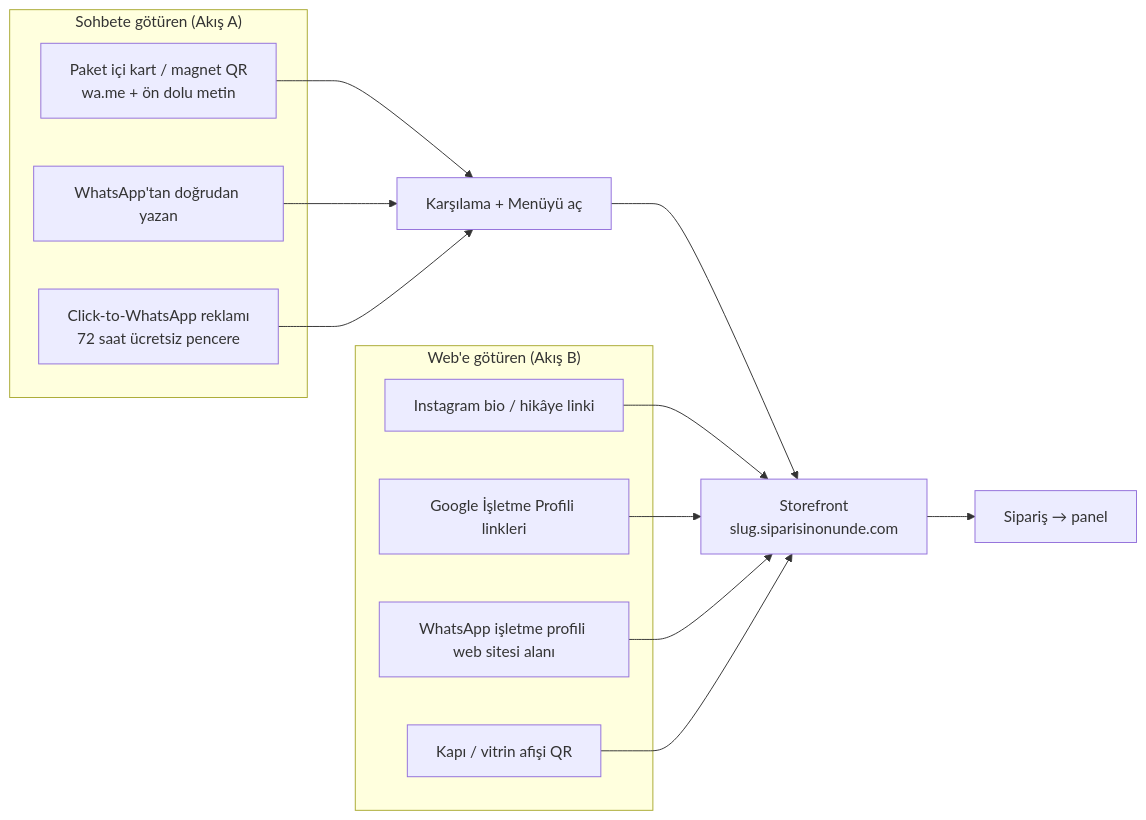
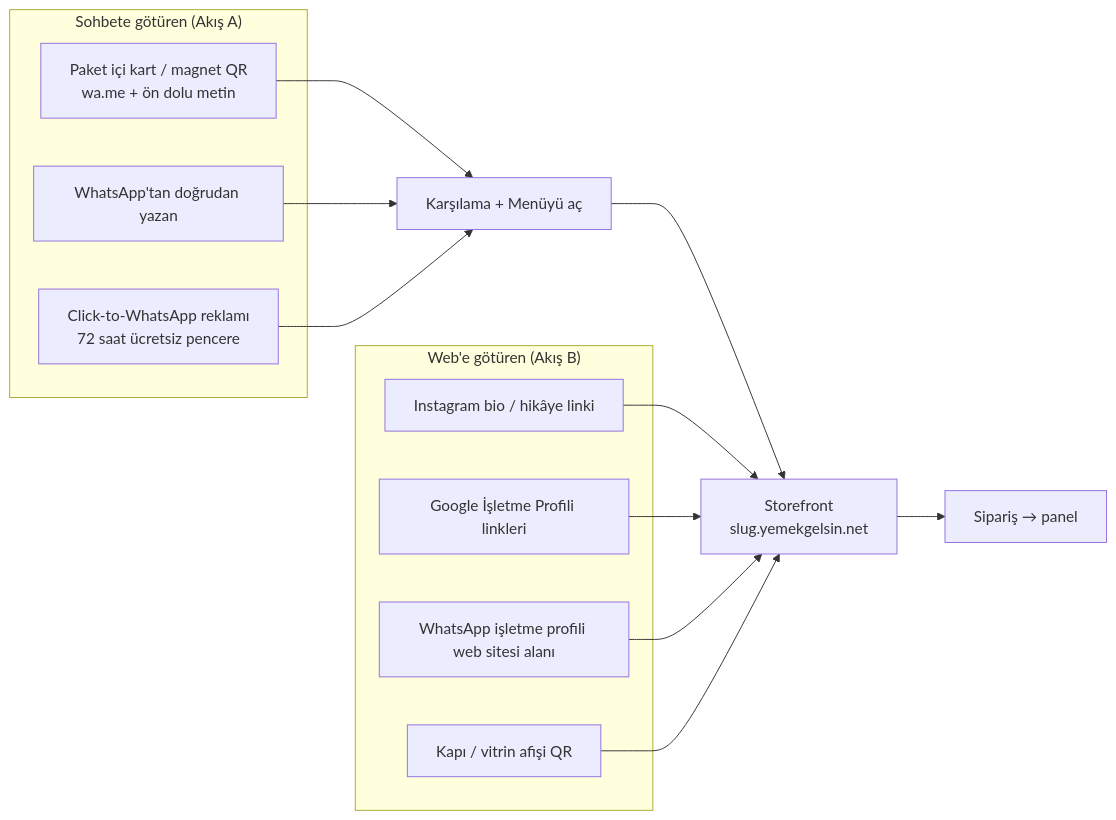
One commit to eraycaylak/siparisinonunde changed the sixth of 7 diagrams in docs/arastirma/05-urun-ux.md. Above: the diagram before and after it, drawn with Mermaid. The commit also changed other lines of this file and 99 other files, not shown here.

First line of the commit message:
Yemek Gelsin: marka adı, yemekgelsin.net alan adı, herkese açık demo

````diff
--- a/docs/arastirma/05-urun-ux.md
+++ b/docs/arastirma/05-urun-ux.md
@@ -327,23 +327,23 @@
 ```mermaid
 flowchart LR
     subgraph Sohbete_goturen["Sohbete götüren (Akış A)"]
       Q1["Paket içi kart / magnet QR<br/>wa.me + ön dolu metin"]
       Q2["WhatsApp'tan doğrudan yazan"]
       Q3["Click-to-WhatsApp reklamı<br/>72 saat ücretsiz pencere"]
     end
     subgraph Webe_goturen["Web'e götüren (Akış B)"]
       W1["Instagram bio / hikâye linki"]
       W2["Google İşletme Profili linkleri"]
       W3["WhatsApp işletme profili web sitesi alanı"]
       W4["Kapı / vitrin afişi QR"]
     end
     Q1 --> A["Karşılama + Menüyü aç"]
     Q2 --> A
     Q3 --> A
-    A --> SF["Storefront<br/>slug.siparisinonunde.com"]
+    A --> SF["Storefront<br/>slug.yemekgelsin.net"]
     W1 --> SF
     W2 --> SF
     W3 --> SF
     W4 --> SF
     SF --> O["Sipariş → panel"]
 ```
````
